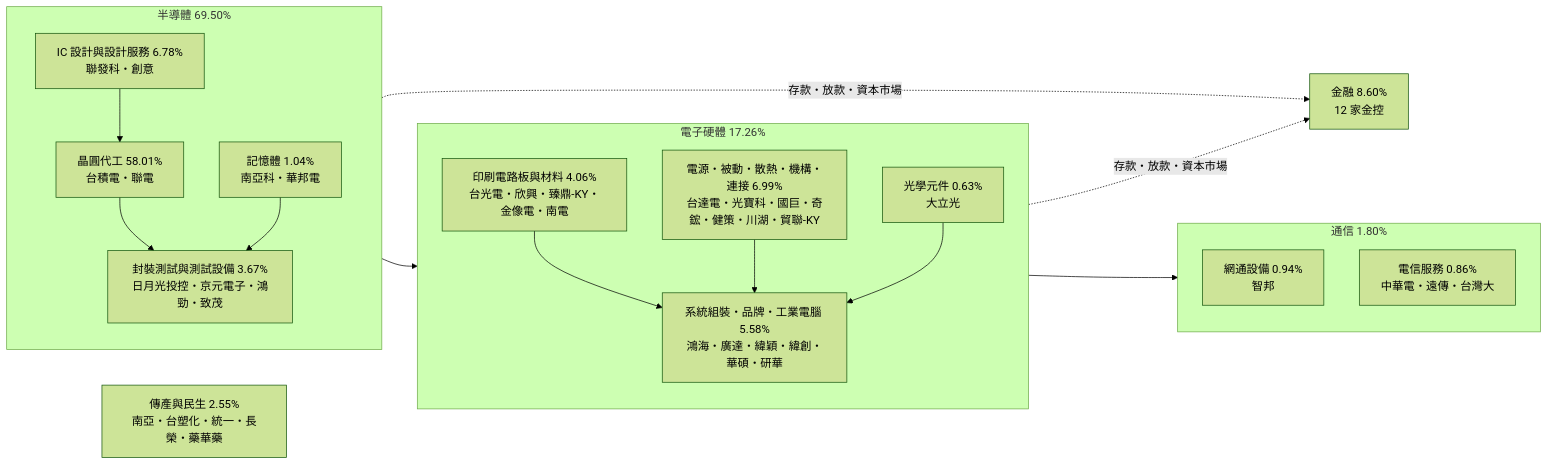
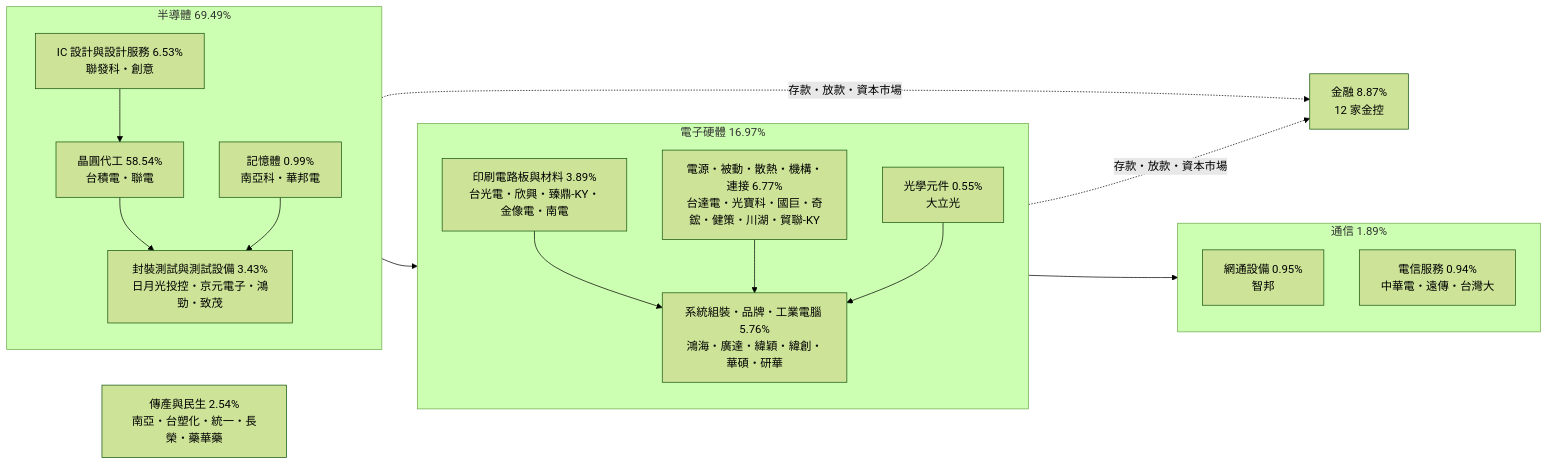
Before and after one commit to wangnick1004/taiwan-stock-vault: the diagram in 0050總覽文/0050總覽文.md, drawn with Mermaid (forest theme). The commit also changed other lines of this file and 11 other files, not shown here.

````diff
--- a/0050總覽文/0050總覽文.md
+++ b/0050總覽文/0050總覽文.md
@@ -120,33 +120,33 @@
 ```mermaid
 flowchart LR
-    subgraph SEMI["半導體 69.50%"]
+    subgraph SEMI["半導體 69.49%"]
         direction TB
-        D["IC 設計與設計服務 6.78%<br/>聯發科・創意"]
-        F["晶圓代工 58.01%<br/>台積電・聯電"]
-        M["記憶體 1.04%<br/>南亞科・華邦電"]
-        P["封裝測試與測試設備 3.67%<br/>日月光投控・京元電子・鴻勁・致茂"]
+        D["IC 設計與設計服務 6.53%<br/>聯發科・創意"]
+        F["晶圓代工 58.54%<br/>台積電・聯電"]
+        M["記憶體 0.99%<br/>南亞科・華邦電"]
+        P["封裝測試與測試設備 3.43%<br/>日月光投控・京元電子・鴻勁・致茂"]
         D --> F --> P
         M --> P
     end
-    subgraph HW["電子硬體 17.26%"]
+    subgraph HW["電子硬體 16.97%"]
         direction TB
-        B["印刷電路板與材料 4.06%<br/>台光電・欣興・臻鼎-KY・金像電・南電"]
-        C["電源・被動・散熱・機構・連接 6.99%<br/>台達電・光寶科・國巨・奇鋐・健策・川湖・貿聯-KY"]
-        O["光學元件 0.63%<br/>大立光"]
-        A["系統組裝・品牌・工業電腦 5.58%<br/>鴻海・廣達・緯穎・緯創・華碩・研華"]
+        B["印刷電路板與材料 3.89%<br/>台光電・欣興・臻鼎-KY・金像電・南電"]
+        C["電源・被動・散熱・機構・連接 6.77%<br/>台達電・光寶科・國巨・奇鋐・健策・川湖・貿聯-KY"]
+        O["光學元件 0.55%<br/>大立光"]
+        A["系統組裝・品牌・工業電腦 5.76%<br/>鴻海・廣達・緯穎・緯創・華碩・研華"]
         B --> A
         C --> A
         O --> A
     end
-    subgraph NET["通信 1.80%"]
+    subgraph NET["通信 1.89%"]
         direction TB
-        N1["網通設備 0.94%<br/>智邦"]
-        N2["電信服務 0.86%<br/>中華電・遠傳・台灣大"]
+        N1["網通設備 0.95%<br/>智邦"]
+        N2["電信服務 0.94%<br/>中華電・遠傳・台灣大"]
     end
-    FIN["金融 8.60%<br/>12 家金控"]
-    TRAD["傳產與民生 2.55%<br/>南亞・台塑化・統一・長榮・藥華藥"]
+    FIN["金融 8.87%<br/>12 家金控"]
+    TRAD["傳產與民生 2.54%<br/>南亞・台塑化・統一・長榮・藥華藥"]
     P --> A
     A --> N1
     SEMI -. 存款・放款・資本市場 .-> FIN
     HW -. 存款・放款・資本市場 .-> FIN
 ```
````
